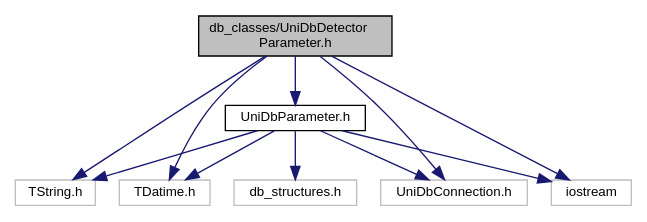
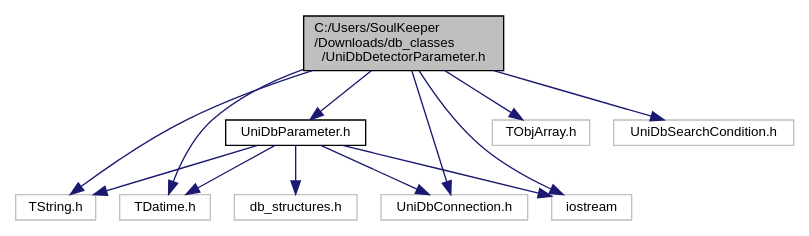
The diagram in uni_db/docs/ref_man/_uni_db_detector_parameter_8h__incl.dot (mam-mih-val/bmnroot), drawn with Graphviz before and after one commit. The commit also changed 142 other files, not shown here.

```diff
--- a/uni_db/docs/ref_man/_uni_db_detector_parameter_8h__incl.dot
+++ b/uni_db/docs/ref_man/_uni_db_detector_parameter_8h__incl.dot
@@ -1,22 +1,26 @@
-digraph "db_classes/UniDbDetectorParameter.h"
+digraph "C:/Users/SoulKeeper/Downloads/db_classes/UniDbDetectorParameter.h"
 {
   edge [fontname="Helvetica",fontsize="10",labelfontname="Helvetica",labelfontsize="10"];
   node [fontname="Helvetica",fontsize="10",shape=record];
-  Node1 [label="db_classes/UniDbDetector\lParameter.h",height=0.2,width=0.4,color="black", fillcolor="grey75", style="filled", fontcolor="black"];
+  Node1 [label="C:/Users/SoulKeeper\l/Downloads/db_classes\l/UniDbDetectorParameter.h",height=0.2,width=0.4,color="black", fillcolor="grey75", style="filled", fontcolor="black"];
   Node1 -> Node2 [color="midnightblue",fontsize="10",style="solid",fontname="Helvetica"];
   Node2 [label="TString.h",height=0.2,width=0.4,color="grey75", fillcolor="white", style="filled"];
   Node1 -> Node3 [color="midnightblue",fontsize="10",style="solid",fontname="Helvetica"];
   Node3 [label="TDatime.h",height=0.2,width=0.4,color="grey75", fillcolor="white", style="filled"];
   Node1 -> Node4 [color="midnightblue",fontsize="10",style="solid",fontname="Helvetica"];
-  Node4 [label="UniDbConnection.h",height=0.2,width=0.4,color="grey75", fillcolor="white", style="filled"];
+  Node4 [label="TObjArray.h",height=0.2,width=0.4,color="grey75", fillcolor="white", style="filled"];
   Node1 -> Node5 [color="midnightblue",fontsize="10",style="solid",fontname="Helvetica"];
-  Node5 [label="UniDbParameter.h",height=0.2,width=0.4,color="black", fillcolor="white", style="filled",URL="$_uni_db_parameter_8h.html"];
-  Node5 -> Node2 [color="midnightblue",fontsize="10",style="solid",fontname="Helvetica"];
-  Node5 -> Node3 [color="midnightblue",fontsize="10",style="solid",fontname="Helvetica"];
-  Node5 -> Node4 [color="midnightblue",fontsize="10",style="solid",fontname="Helvetica"];
-  Node5 -> Node6 [color="midnightblue",fontsize="10",style="solid",fontname="Helvetica"];
-  Node6 [label="db_structures.h",height=0.2,width=0.4,color="grey75", fillcolor="white", style="filled"];
-  Node5 -> Node7 [color="midnightblue",fontsize="10",style="solid",fontname="Helvetica"];
-  Node7 [label="iostream",height=0.2,width=0.4,color="grey75", fillcolor="white", style="filled"];
+  Node5 [label="UniDbConnection.h",height=0.2,width=0.4,color="grey75", fillcolor="white", style="filled"];
+  Node1 -> Node6 [color="midnightblue",fontsize="10",style="solid",fontname="Helvetica"];
+  Node6 [label="UniDbSearchCondition.h",height=0.2,width=0.4,color="grey75", fillcolor="white", style="filled"];
   Node1 -> Node7 [color="midnightblue",fontsize="10",style="solid",fontname="Helvetica"];
+  Node7 [label="UniDbParameter.h",height=0.2,width=0.4,color="black", fillcolor="white", style="filled",URL="$_uni_db_parameter_8h.html"];
+  Node7 -> Node2 [color="midnightblue",fontsize="10",style="solid",fontname="Helvetica"];
+  Node7 -> Node3 [color="midnightblue",fontsize="10",style="solid",fontname="Helvetica"];
+  Node7 -> Node5 [color="midnightblue",fontsize="10",style="solid",fontname="Helvetica"];
+  Node7 -> Node8 [color="midnightblue",fontsize="10",style="solid",fontname="Helvetica"];
+  Node8 [label="db_structures.h",height=0.2,width=0.4,color="grey75", fillcolor="white", style="filled"];
+  Node7 -> Node9 [color="midnightblue",fontsize="10",style="solid",fontname="Helvetica"];
+  Node9 [label="iostream",height=0.2,width=0.4,color="grey75", fillcolor="white", style="filled"];
+  Node1 -> Node9 [color="midnightblue",fontsize="10",style="solid",fontname="Helvetica"];
 }
```
